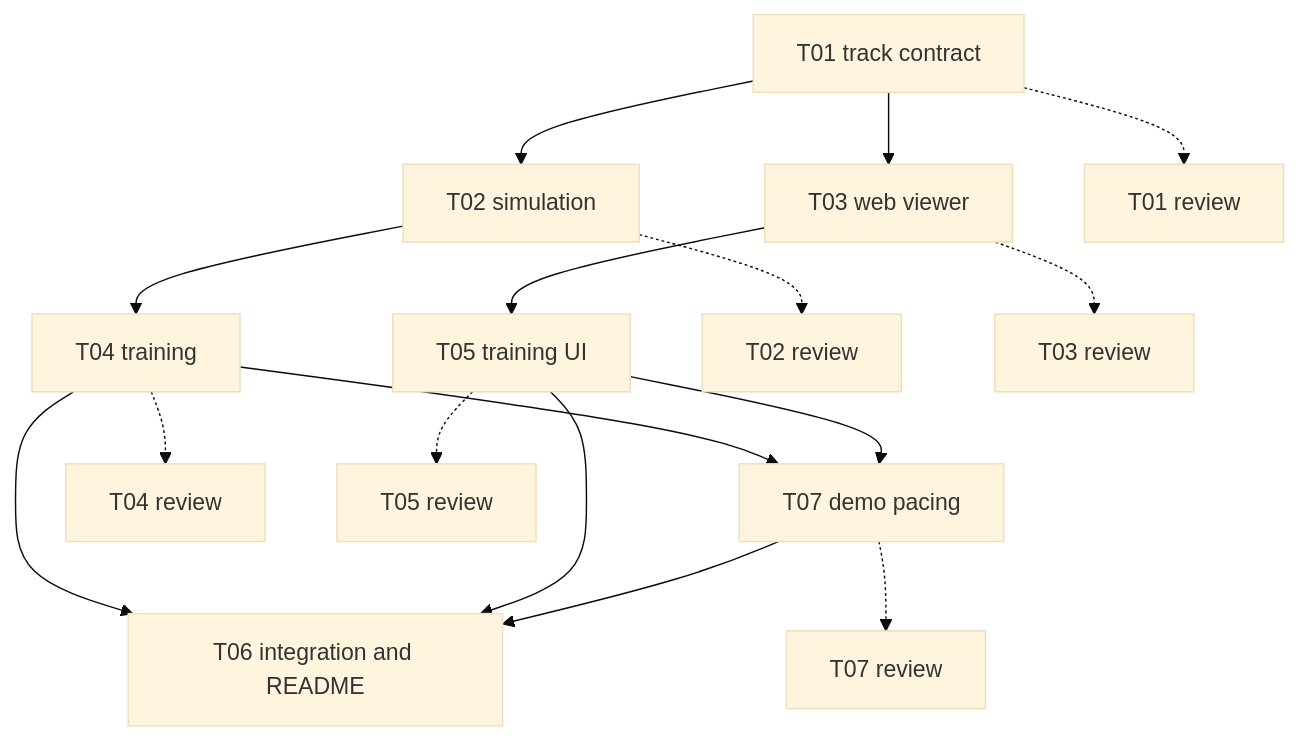
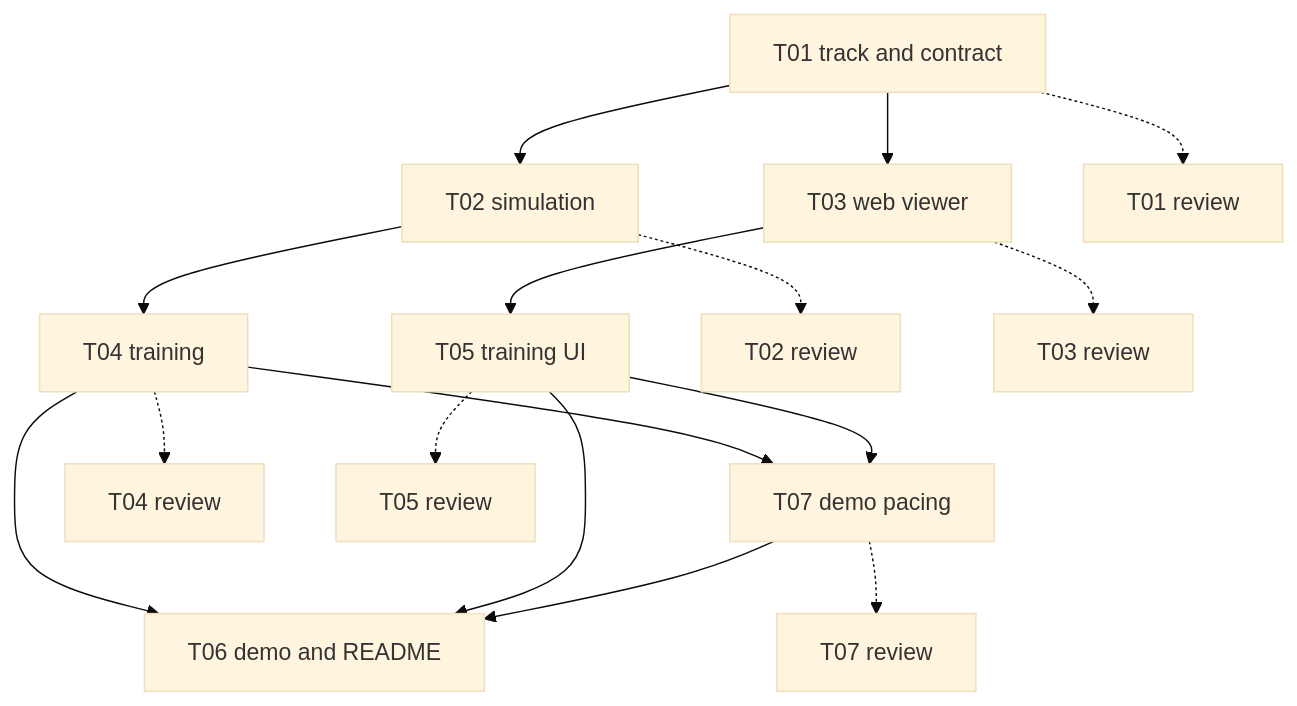
One commit to PasekPasek/self-driving-poc changed the diagram in README.md. Above: the diagram before and after it, drawn with Mermaid (base theme). The commit also changed other lines of this file and 8 other files, not shown here.

````diff
--- a/README.md
+++ b/README.md
@@ -77,18 +209,18 @@
 ```mermaid
 graph TD
-  T01[T01 track contract] --> T02[T02 simulation]
+  T01[T01 track and contract] --> T02[T02 simulation]
   T01 --> T03[T03 web viewer]
   T02 --> T04[T04 training]
   T03 --> T05[T05 training UI]
   T04 --> T07[T07 demo pacing]
   T05 --> T07
-  T04 --> T06[T06 integration and README]
+  T04 --> T06[T06 demo and README]
   T05 --> T06
   T07 --> T06
   T01 -.-> R1[T01 review]
   T02 -.-> R2[T02 review]
   T03 -.-> R3[T03 review]
   T04 -.-> R4[T04 review]
   T05 -.-> R5[T05 review]
   T07 -.-> R7[T07 review]
 ```
````
